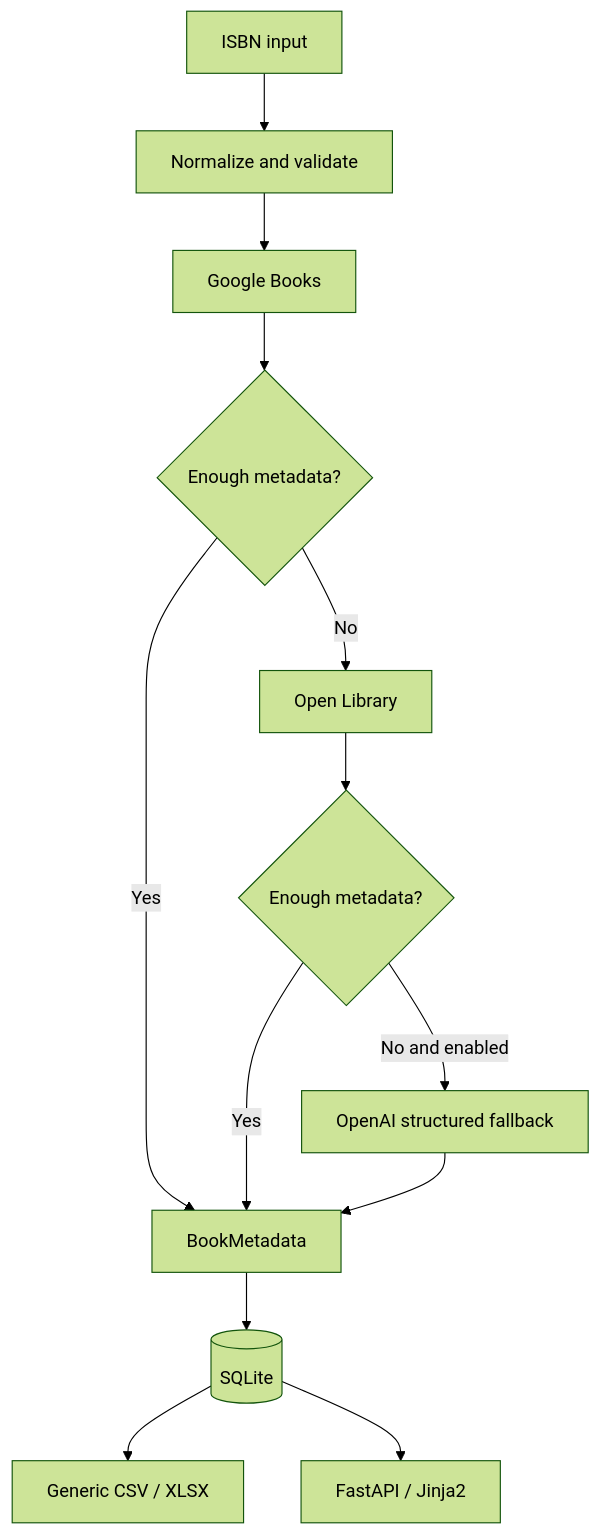
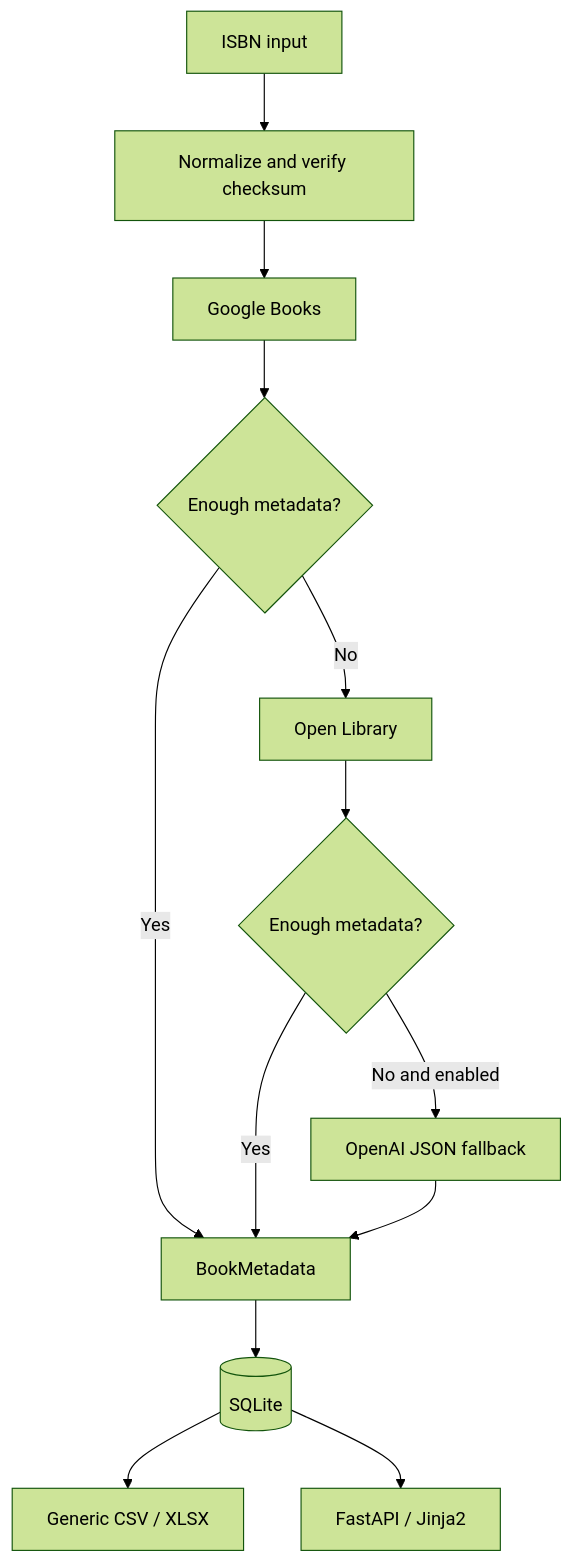
The diagram in README.md (jpzhum/NexaBook), drawn with Mermaid (forest theme) before and after one commit. The commit also changed other lines of this file and 18 other files, not shown here.

````diff
--- a/README.md
+++ b/README.md
@@ -27,15 +27,15 @@
 ```mermaid
 flowchart TD
-    I[ISBN input] --> V[Normalize and validate]
+    I[ISBN input] --> V[Normalize and verify checksum]
     V --> G[Google Books]
     G --> Q{Enough metadata?}
     Q -- No --> O[Open Library]
     O --> Q2{Enough metadata?}
-    Q2 -- No and enabled --> A[OpenAI structured fallback]
+    Q2 -- No and enabled --> A[OpenAI JSON fallback]
     Q -- Yes --> M[BookMetadata]
     Q2 -- Yes --> M
     A --> M
     M --> D[(SQLite)]
     D --> X[Generic CSV / XLSX]
     D --> W[FastAPI / Jinja2]
 ```
````
